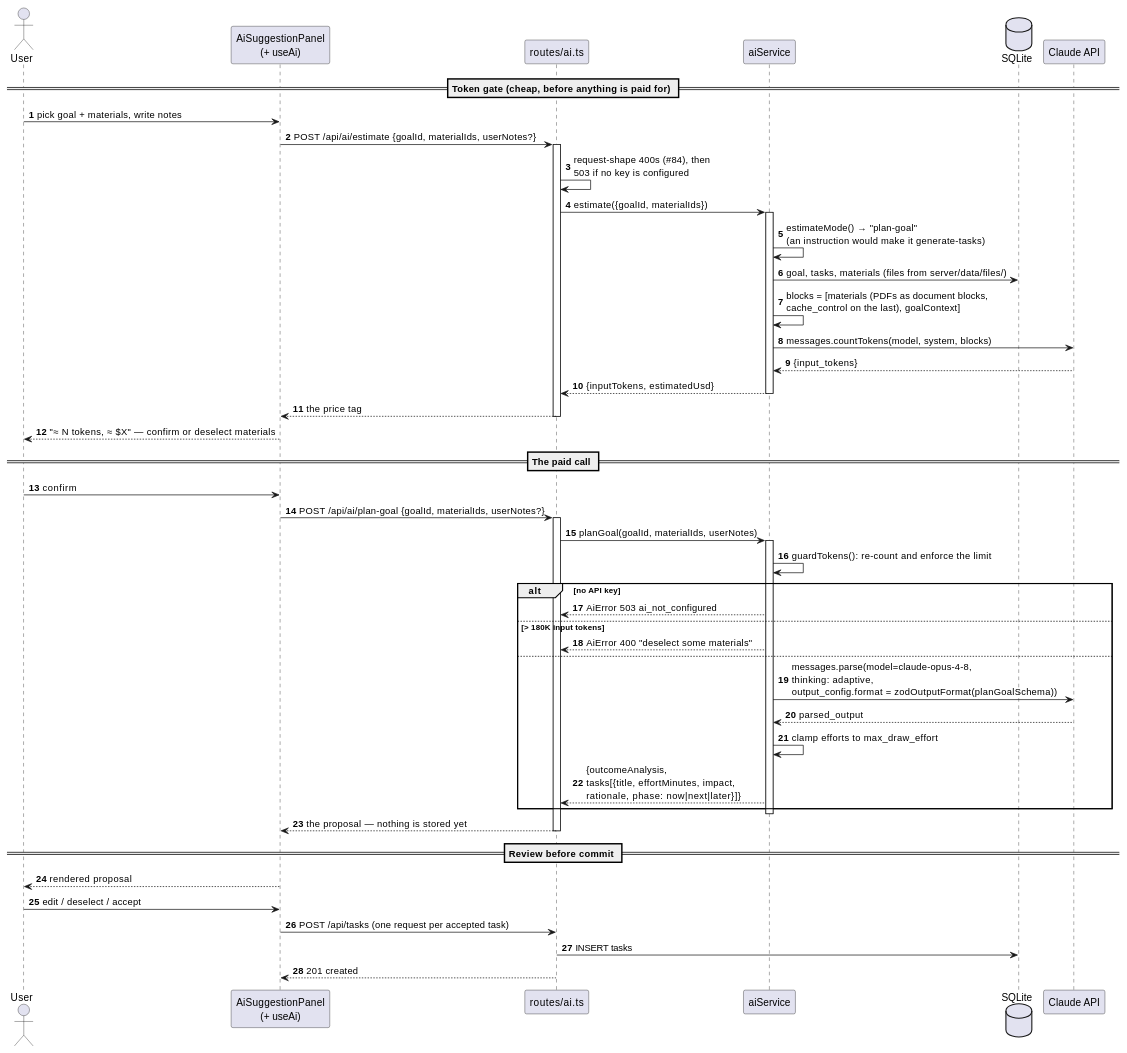
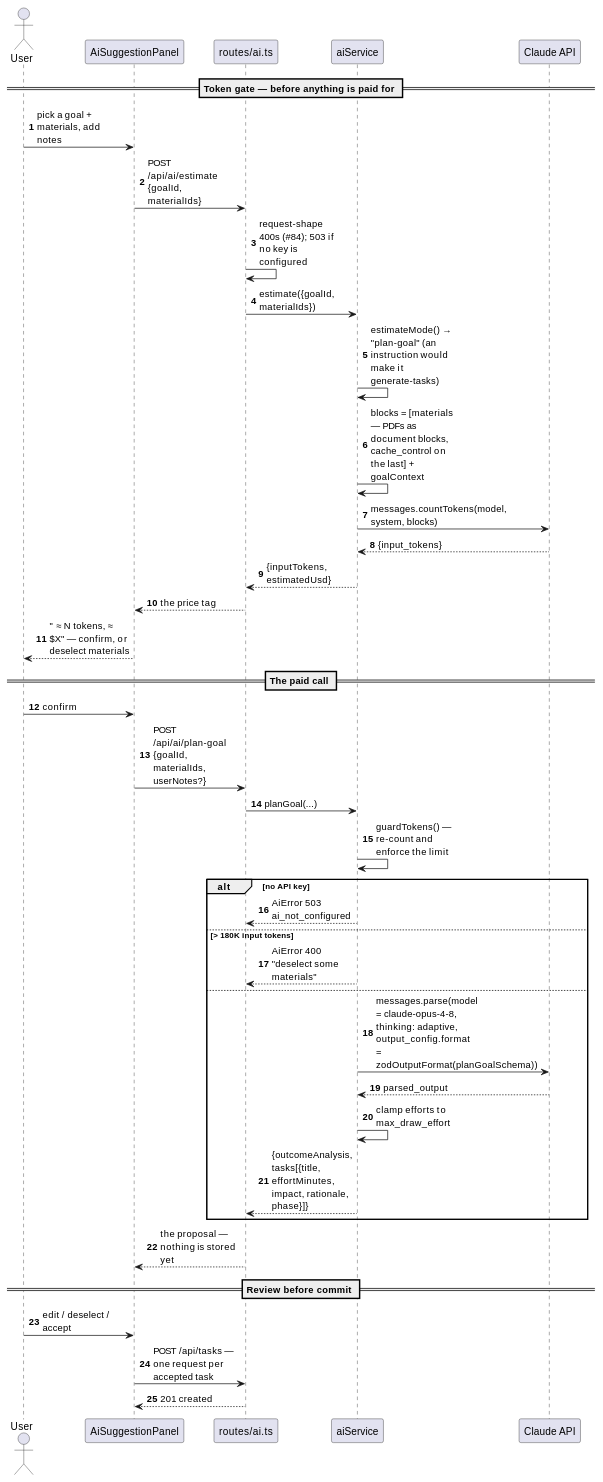
One commit to FelixGeisler/draw changed the third of 3 diagrams in docs/modules/ROOT/pages/06_runtime_view.adoc. Above: the diagram before and after it, drawn with PlantUML. The commit also changed other lines of this file and 2 other files, not shown here.

Commit message:
#45 Size diagrams for the docs content column (legible at 1:1-ish scale)

```diff
--- a/docs/modules/ROOT/pages/06_runtime_view.adoc
+++ b/docs/modules/ROOT/pages/06_runtime_view.adoc
@@ -178,61 +159,50 @@
 [plantuml,runtime-plan-goal,svg]
 ....
 @startuml
 skinparam shadowing false
+skinparam maxMessageSize 115
 skinparam sequenceMessageAlign left
 autonumber
 
 actor User
-participant "AiSuggestionPanel\n(+ useAi)" as UI
+participant "AiSuggestionPanel" as UI
 participant "routes/ai.ts" as Route
 participant "aiService" as AI
-database "SQLite" as DB
 participant "Claude API" as Claude
 
-== Token gate (cheap, before anything is paid for) ==
-User -> UI : pick goal + materials, write notes
-UI -> Route : POST /api/ai/estimate {goalId, materialIds, userNotes?}
-activate Route
-Route -> Route : request-shape 400s (#84), then\n503 if no key is configured
+== Token gate — before anything is paid for ==
+User -> UI : pick a goal + materials, add notes
+UI -> Route : POST /api/ai/estimate {goalId, materialIds}
+Route -> Route : request-shape 400s (#84); 503 if no key is configured
 Route -> AI : estimate({goalId, materialIds})
-activate AI
-AI -> AI : estimateMode() → "plan-goal"\n(an instruction would make it generate-tasks)
-AI -> DB : goal, tasks, materials (files from server/data/files/)
-AI -> AI : blocks = [materials (PDFs as document blocks,\ncache_control on the last), goalContext]
+AI -> AI : estimateMode() → "plan-goal" (an instruction would make it generate-tasks)
+AI -> AI : blocks = [materials — PDFs as document blocks, cache_control on the last] + goalContext
 AI -> Claude : messages.countTokens(model, system, blocks)
 Claude --> AI : {input_tokens}
 AI --> Route : {inputTokens, estimatedUsd}
-deactivate AI
 Route --> UI : the price tag
-deactivate Route
-UI --> User : "≈ N tokens, ≈ $X" — confirm or deselect materials
+UI --> User : "≈ N tokens, ≈ $X" — confirm, or deselect materials
 
 == The paid call ==
 User -> UI : confirm
 UI -> Route : POST /api/ai/plan-goal {goalId, materialIds, userNotes?}
-activate Route
-Route -> AI : planGoal(goalId, materialIds, userNotes)
-activate AI
-AI -> AI : guardTokens(): re-count and enforce the limit
+Route -> AI : planGoal(...)
+AI -> AI : guardTokens() — re-count and enforce the limit
 alt no API key
   AI --> Route : AiError 503 ai_not_configured
 else > 180K input tokens
   AI --> Route : AiError 400 "deselect some materials"
 else
-  AI -> Claude : messages.parse(model=claude-opus-4-8,\nthinking: adaptive,\noutput_config.format = zodOutputFormat(planGoalSchema))
+  AI -> Claude : messages.parse(model = claude-opus-4-8, thinking: adaptive, output_config.format = zodOutputFormat(planGoalSchema))
   Claude --> AI : parsed_output
   AI -> AI : clamp efforts to max_draw_effort
-  AI --> Route : {outcomeAnalysis,\ntasks[{title, effortMinutes, impact,\nrationale, phase: now|next|later}]}
+  AI --> Route : {outcomeAnalysis, tasks[{title, effortMinutes, impact, rationale, phase}]}
 end
-deactivate AI
 Route --> UI : the proposal — nothing is stored yet
-deactivate Route
 
 == Review before commit ==
-UI --> User : rendered proposal
 User -> UI : edit / deselect / accept
-UI -> Route : POST /api/tasks (one request per accepted task)
-Route -> DB : INSERT tasks
+UI -> Route : POST /api/tasks — one request per accepted task
 Route --> UI : 201 created
 @enduml
 ....
```
